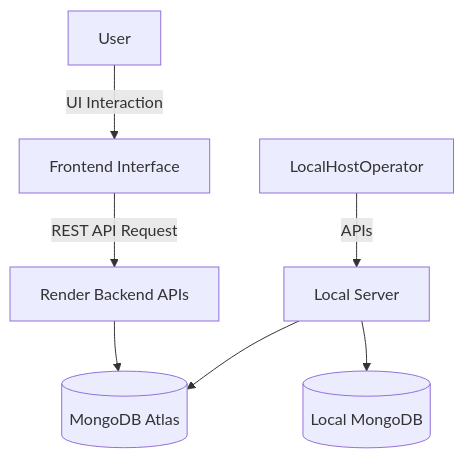
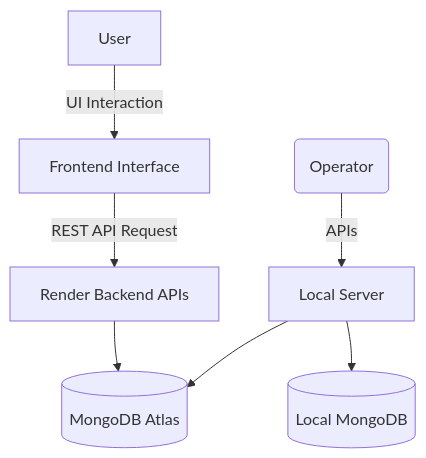
One commit to vedansh-tyagi245/RT-IDS changed the diagram in readme.md. Above: the diagram before and after it, drawn with Mermaid.

````diff
--- a/readme.md
+++ b/readme.md
@@ -26,11 +26,11 @@
 ```mermaid
 flowchart TD
     User -->|UI Interaction| Frontend[Frontend Interface]
     Frontend -->|REST API Request| Backend[Render Backend APIs]
     Backend --> AtlasDB[(MongoDB Atlas)]
 
-    LocalHostOperator -->|APIs| LocalServer[Local Server]
+    Client(Operator) -->|APIs| LocalServer[Local Server]
     LocalServer --> LocalDB[(Local MongoDB)]
     LocalServer --> AtlasDB[(MongoDB Atlas)]
 
 ```
````
